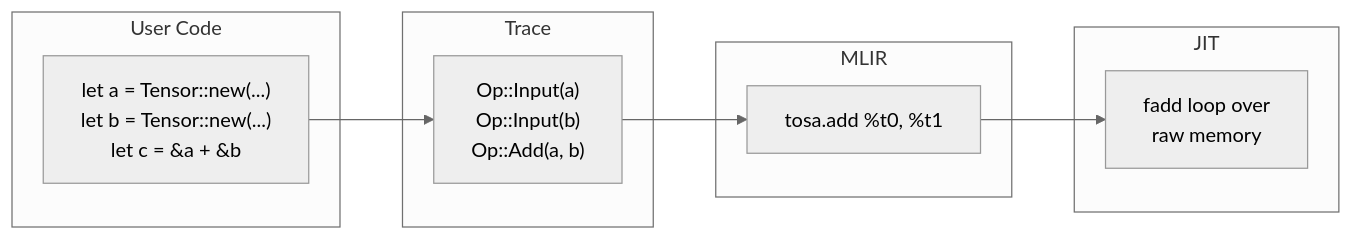
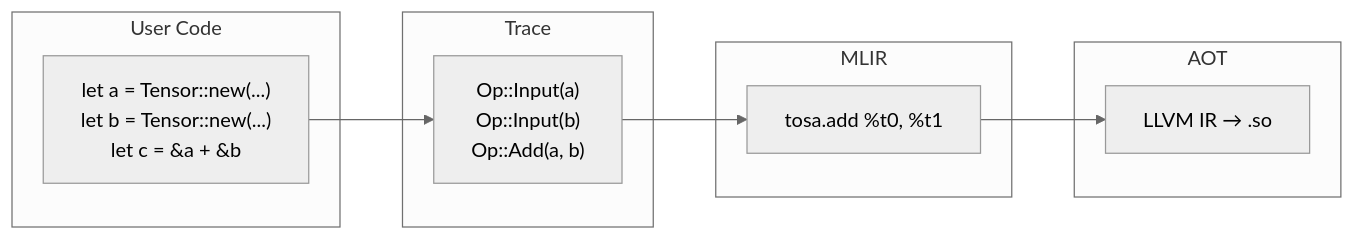
One commit to edg-l/homura changed the first of 5 diagrams in docs/design.md. Above: the diagram before and after it, drawn with Mermaid (neutral theme). The commit also changed other lines of this file and 1 other file, not shown here.

Commit message:
update README and design.md for milestone 3 + AOT pipeline

````diff
--- a/docs/design.md
+++ b/docs/design.md
@@ -7,16 +7,16 @@
 ```mermaid
 flowchart LR
     subgraph User Code
         A["let a = Tensor::new(...)<br>let b = Tensor::new(...)<br>let c = &a + &b"]
     end
     subgraph Trace
         B["Op::Input(a)<br>Op::Input(b)<br>Op::Add(a, b)"]
     end
     subgraph MLIR
         C["tosa.add %t0, %t1"]
     end
-    subgraph JIT
-        D["fadd loop over<br>raw memory"]
+    subgraph AOT
+        D["LLVM IR → .so"]
     end
     A --> B --> C --> D
 ```
````
